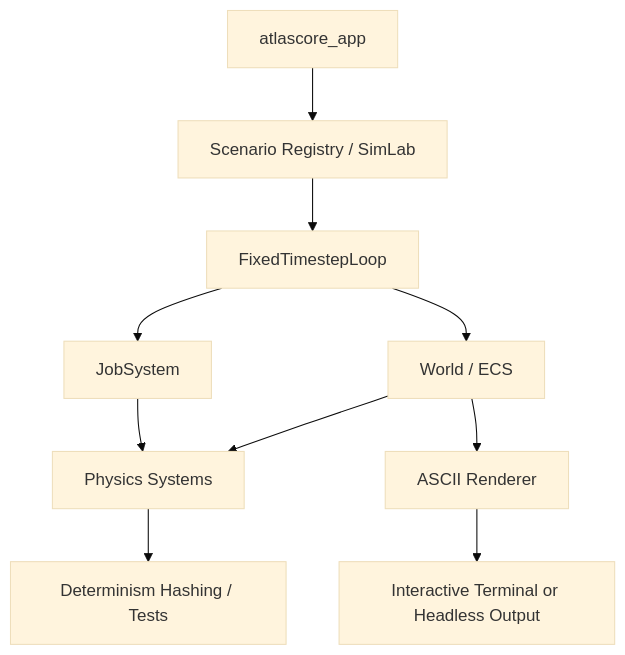
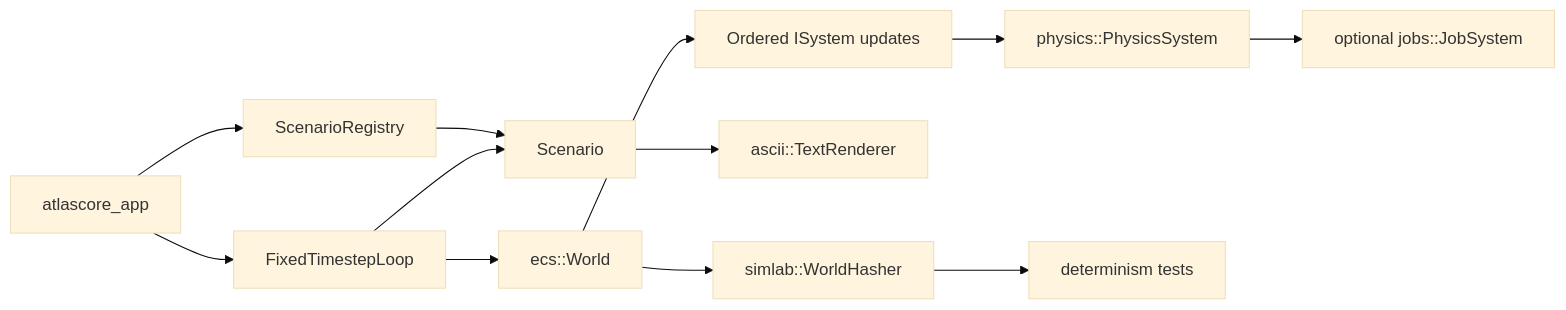
The diagram in README.md (aeml/atlascore), drawn with Mermaid (base theme) before and after one commit. The commit also changed other lines of this file, not shown here.

Commit message:
Improve AtlasCore README for systems portfolio

````diff
--- a/README.md
+++ b/README.md
@@ -40,12 +23,14 @@
 ```mermaid
-graph TD
-    App[atlascore_app] --> SimLab[Scenario Registry / SimLab]
-    SimLab --> Loop[FixedTimestepLoop]
-    Loop --> Jobs[JobSystem]
-    Loop --> ECS[World / ECS]
-    ECS --> Physics[Physics Systems]
-    ECS --> Render[ASCII Renderer]
-    Physics --> Hashing[Determinism Hashing / Tests]
-    Jobs --> Physics
-    Render --> Output[Interactive Terminal or Headless Output]
+flowchart LR
+    App[atlascore_app] --> Loop[FixedTimestepLoop]
+    App --> Registry[ScenarioRegistry]
+    Registry --> Scenario[Scenario]
+    Loop --> Scenario
+    Loop --> World[ecs::World]
+    World --> Systems[Ordered ISystem updates]
+    Systems --> Physics[physics::PhysicsSystem]
+    Physics --> Jobs[optional jobs::JobSystem]
+    Scenario --> Render[ascii::TextRenderer]
+    World --> Hash[simlab::WorldHasher]
+    Hash --> Tests[determinism tests]
 ```
````
